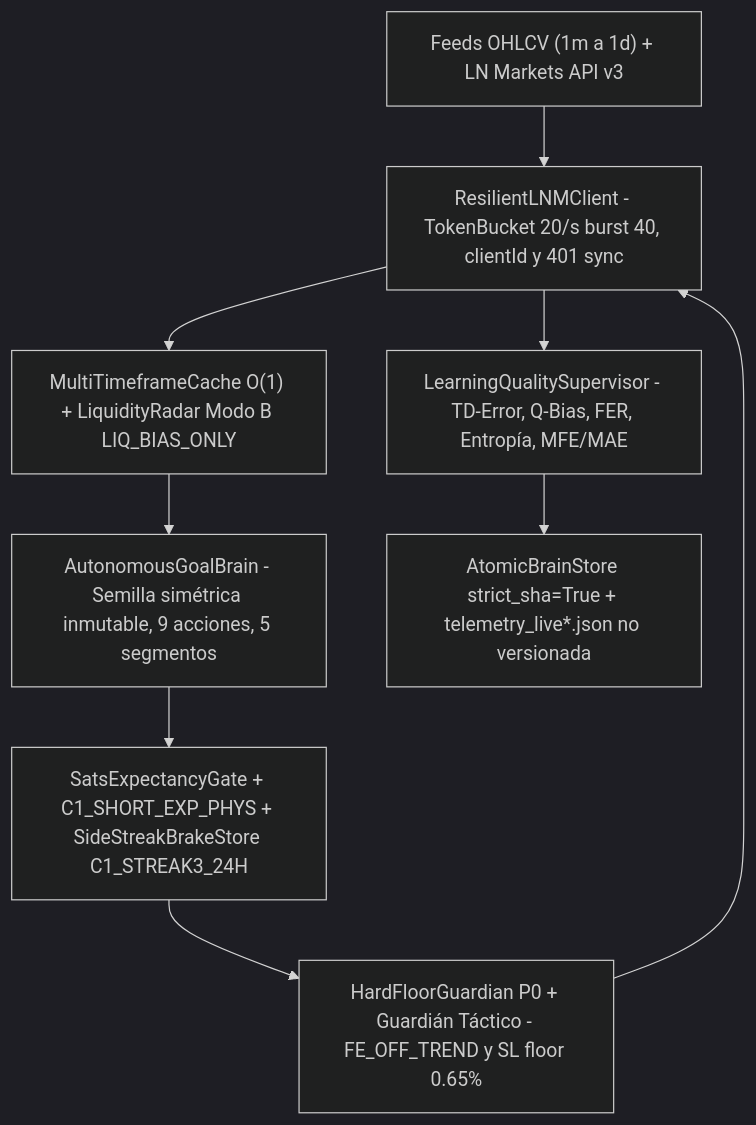
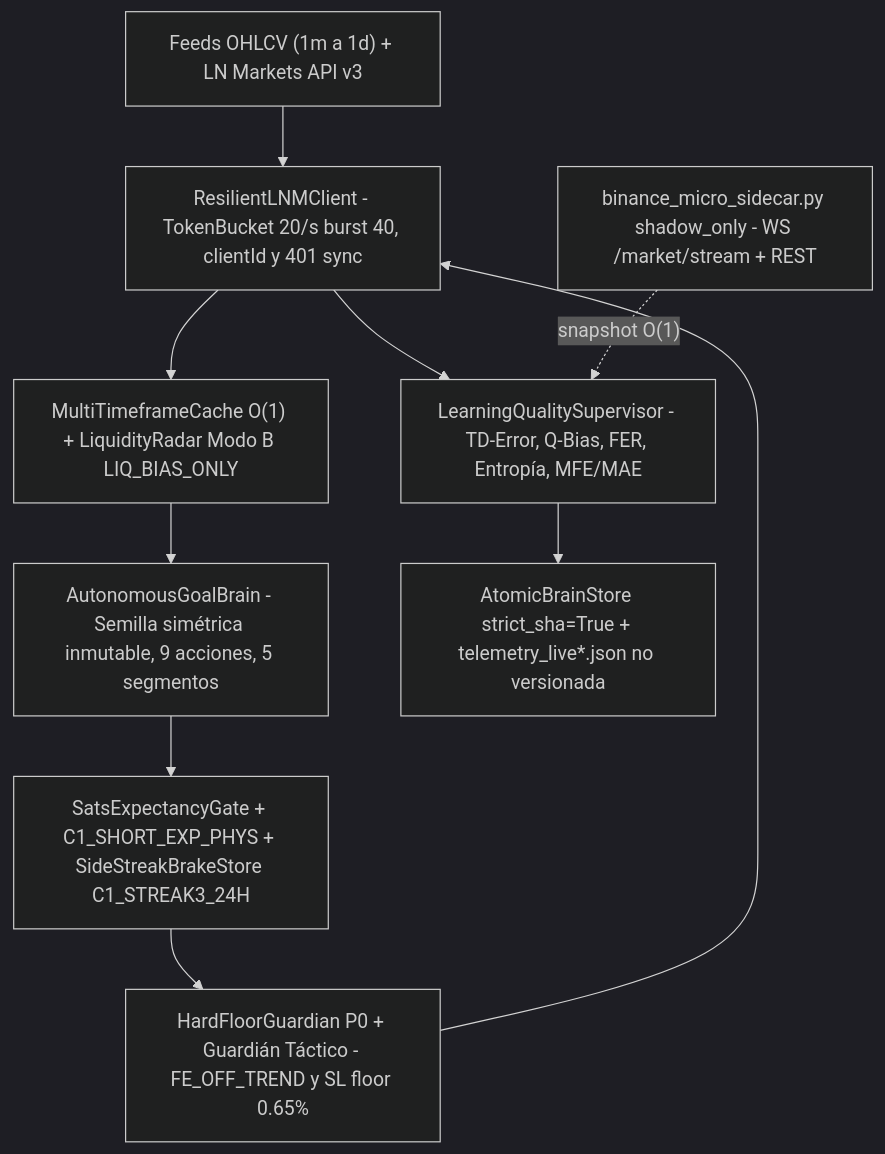
One commit to felipemonsalve28-eng/lnmsniper changed the diagram in README.md. Above: the diagram before and after it, drawn with Mermaid (dark theme). The commit also changed other lines of this file and 3 other files, not shown here.

Commit message:
fix(sidecar): route Binance WS to /market/stream and update docs/context

````diff
--- a/README.md
+++ b/README.md
@@ -28,11 +28,12 @@
 ```mermaid
 flowchart TD
     MKT["Feeds OHLCV (1m a 1d) + LN Markets API v3"] --> CLIENT["ResilientLNMClient - TokenBucket 20/s burst 40, clientId y 401 sync"]
     CLIENT --> MTF["MultiTimeframeCache O(1) + LiquidityRadar Modo B LIQ_BIAS_ONLY"]
     MTF --> BRAIN["AutonomousGoalBrain - Semilla simétrica inmutable, 9 acciones, 5 segmentos"]
     BRAIN --> GATE["SatsExpectancyGate + C1_SHORT_EXP_PHYS + SideStreakBrakeStore C1_STREAK3_24H"]
     GATE --> GUARD["HardFloorGuardian P0 + Guardián Táctico - FE_OFF_TREND y SL floor 0.65%"]
     GUARD --> CLIENT
     CLIENT --> SUP["LearningQualitySupervisor - TD-Error, Q-Bias, FER, Entropía, MFE/MAE"]
+    SIDECAR["binance_micro_sidecar.py shadow_only - WS /market/stream + REST"] -. "snapshot O(1)" .-> SUP
     SUP --> STORE["AtomicBrainStore strict_sha=True + telemetry_live*.json no versionada"]
 ```
````
